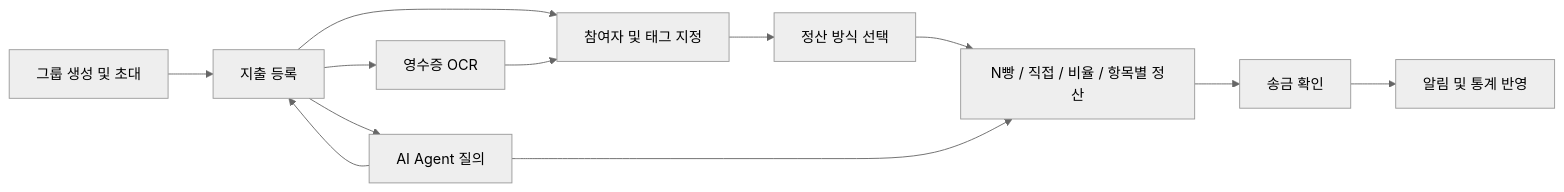
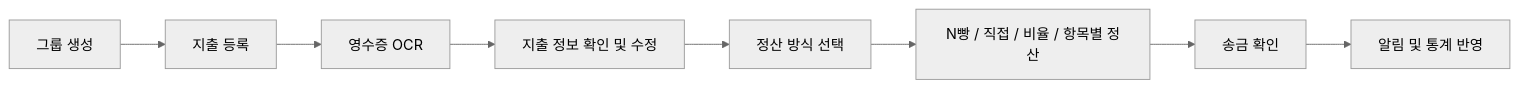
The first of 3 diagrams in README.md (choicold/jeongchongmu), drawn with Mermaid (neutral theme) before and after one commit. The commit also changed other lines of this file and 2 other files, not shown here.

````diff
--- a/README.md
+++ b/README.md
@@ -23,14 +37,10 @@
 ```mermaid
 flowchart LR
-    A["그룹 생성 및 초대"] --> B["지출 등록"]
+    A["그룹 생성"] --> B["지출 등록"]
     B --> C["영수증 OCR"]
-    B --> D["참여자 및 태그 지정"]
-    C --> D
+    C --> D["지출 정보 확인 및 수정"]
     D --> E["정산 방식 선택"]
     E --> F["N빵 / 직접 / 비율 / 항목별 정산"]
     F --> G["송금 확인"]
     G --> H["알림 및 통계 반영"]
-    B --> I["AI Agent 질의"]
-    I --> B
-    I --> F
 ```
````
